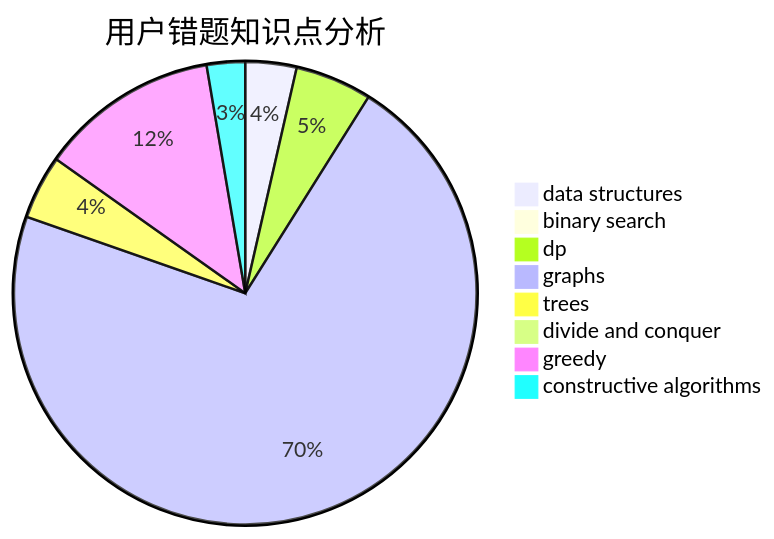
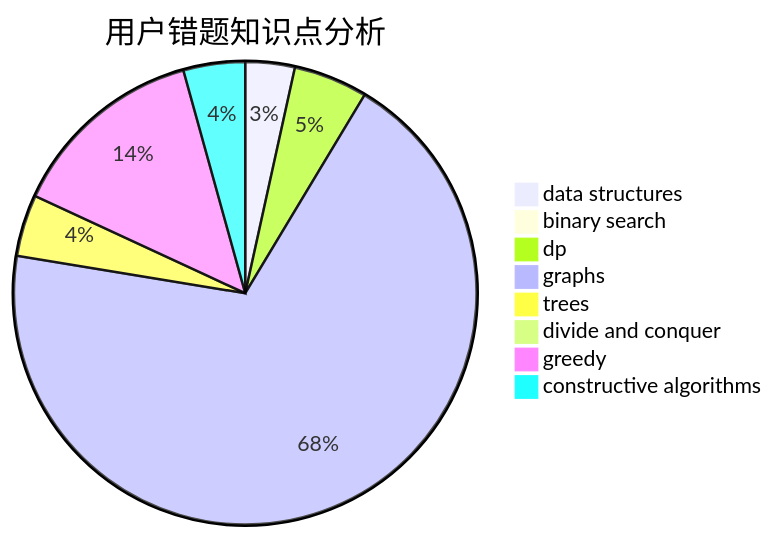
The third of 3 diagrams in docs/user/u628.md (sherpahu/cfrs.github.io), drawn with Mermaid before and after one commit. The commit also changed other lines of this file and 2770 other files, not shown here.

````diff
--- a/docs/user/u628.md
+++ b/docs/user/u628.md
@@ -36,11 +36,11 @@
 ```mermaid
 pie title 用户错题知识点分析
     "data structures" :  4
     "binary search" :  1
     "dp" :  6
     "graphs" :  80
     "trees" :  5
     "divide and conquer" :  1
-    "greedy" :  14
-    "constructive algorithms" :  3
+    "greedy" :  16
+    "constructive algorithms" :  5
 ```
````
